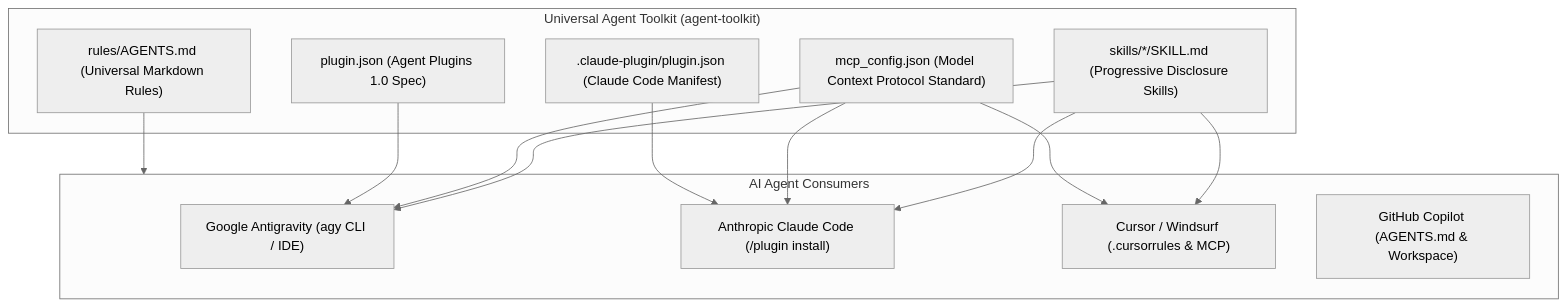
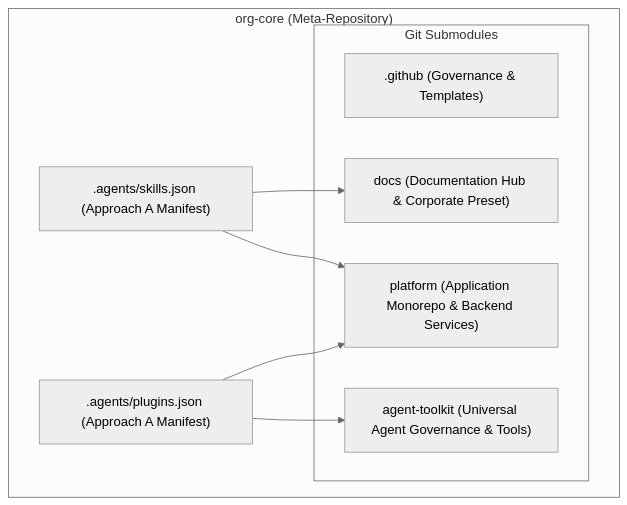
The diagram in .agents/plans/enterprise-agent-plugins-and-governance.md (tupynambalucas-dev/.github), drawn with Mermaid (neutral theme) before and after one commit. The commit also changed other lines of this file, not shown here.

Commit message:
docs(plans): update enterprise plan with Approach A, submodule toolkit and backup protocol

````diff
--- a/.agents/plans/enterprise-agent-plugins-and-governance.md
+++ b/.agents/plans/enterprise-agent-plugins-and-governance.md
@@ -65,23 +57,16 @@
 ```mermaid
 flowchart TD
-    subgraph UniversalCore["Universal Agent Toolkit (agent-toolkit)"]
-        A["rules/AGENTS.md (Universal Markdown Rules)"]
-        B["skills/*/SKILL.md (Progressive Disclosure Skills)"]
-        C["mcp_config.json (Model Context Protocol Standard)"]
-        D["plugin.json (Agent Plugins 1.0 Spec)"]
-        E[".claude-plugin/plugin.json (Claude Code Manifest)"]
+    subgraph MetaRepo["org-core (Meta-Repository)"]
+        subgraph Submodules["Git Submodules"]
+            S1[".github (Governance & Templates)"]
+            S2["platform (Application Monorepo & Backend Services)"]
+            S3["docs (Documentation Hub & Corporate Preset)"]
+            S4["agent-toolkit (Universal Agent Governance & Tools)"]
+        end
+        M1[".agents/skills.json (Approach A Manifest)"]
+        M2[".agents/plugins.json (Approach A Manifest)"]
     end
 
-    subgraph ConsumerAgents["AI Agent Consumers"]
-        F["Google Antigravity (agy CLI / IDE)"]
-        G["Anthropic Claude Code (/plugin install)"]
-        H["Cursor / Windsurf (.cursorrules & MCP)"]
-        I["GitHub Copilot (AGENTS.md & Workspace)"]
-    end
-
-    A --> ConsumerAgents
-    B --> F & G & H
-    C --> F & G & H
-    D --> F
-    E --> G
+    M1 --> S3 & S2
+    M2 --> S4 & S2
 ```
````
